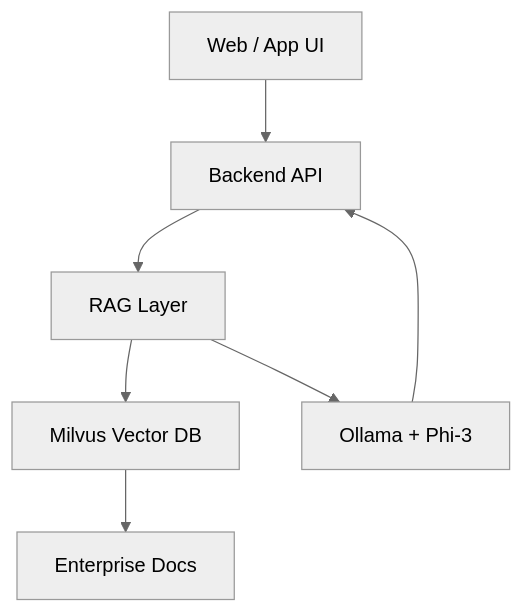
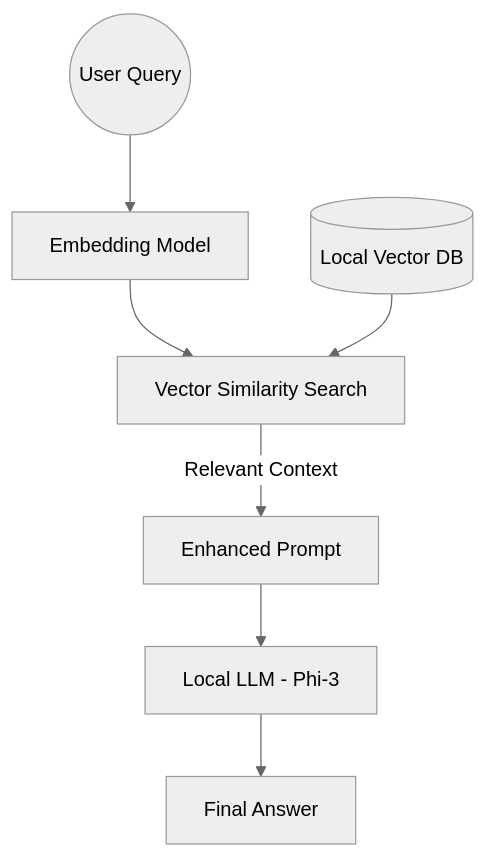
One commit to shameed/shameed.github.io changed the diagram in _posts/2026-01-01-ai-chatbot-rag-ollama-phi3.md. Above: the diagram before and after it, drawn with Mermaid (neutral theme). The commit also changed other lines of this file and 8 other files, not shown here.

````diff
--- a/_posts/2026-01-01-ai-chatbot-rag-ollama-phi3.md
+++ b/_posts/2026-01-01-ai-chatbot-rag-ollama-phi3.md
@@ -24,29 +17,9 @@
 ```mermaid
 graph TD
-
-UI[Web / App UI]
-
-API[Backend API]
-
-RAG[RAG Layer]
-
-Vector[Milvus Vector DB]
-
-LLM[Ollama + Phi-3]
-
-Docs[Enterprise Docs]
-
-  
-
-UI --> API
-
-API --> RAG
-
-RAG --> Vector
-
-Vector --> Docs
-
-RAG --> LLM
-
-LLM --> API
+    User((User Query)) --> Embed[Embedding Model]
+    Embed --> Search[Vector Similarity Search]
+    DB[(Local Vector DB)] --> Search
+    Search -- "Relevant Context" --> Prompt[Enhanced Prompt]
+    Prompt --> LLM[Local LLM - Phi-3]
+    LLM --> Response[Final Answer]
 ```
````
